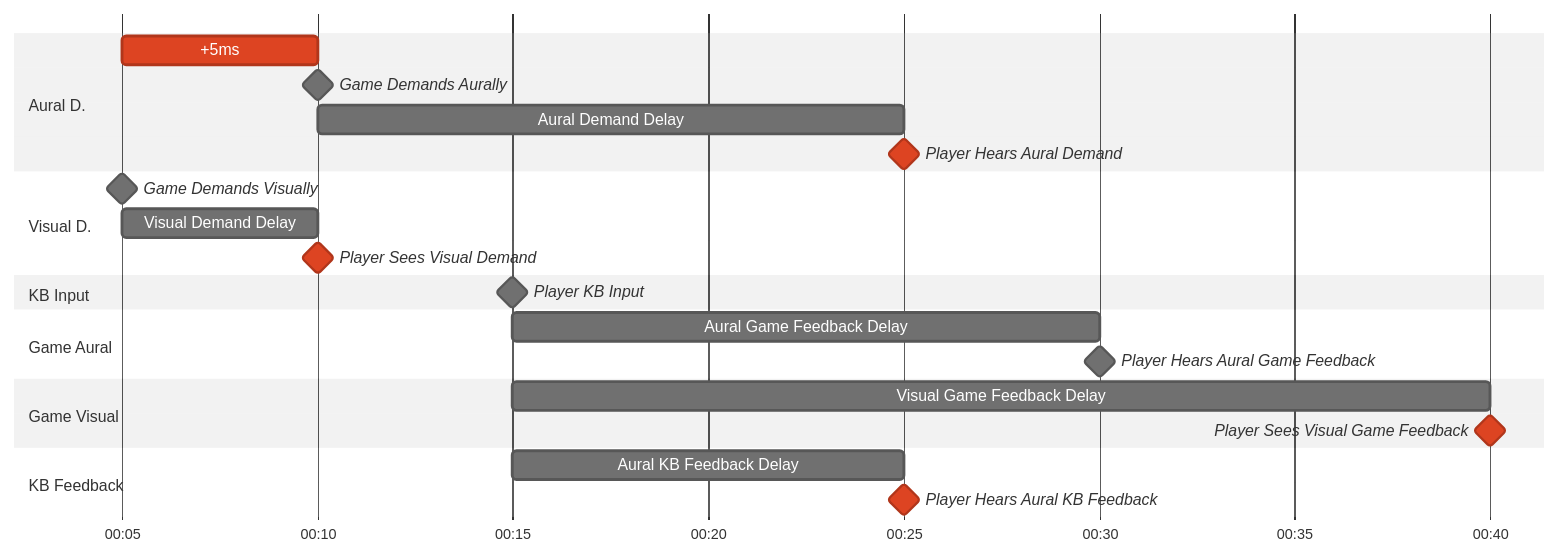
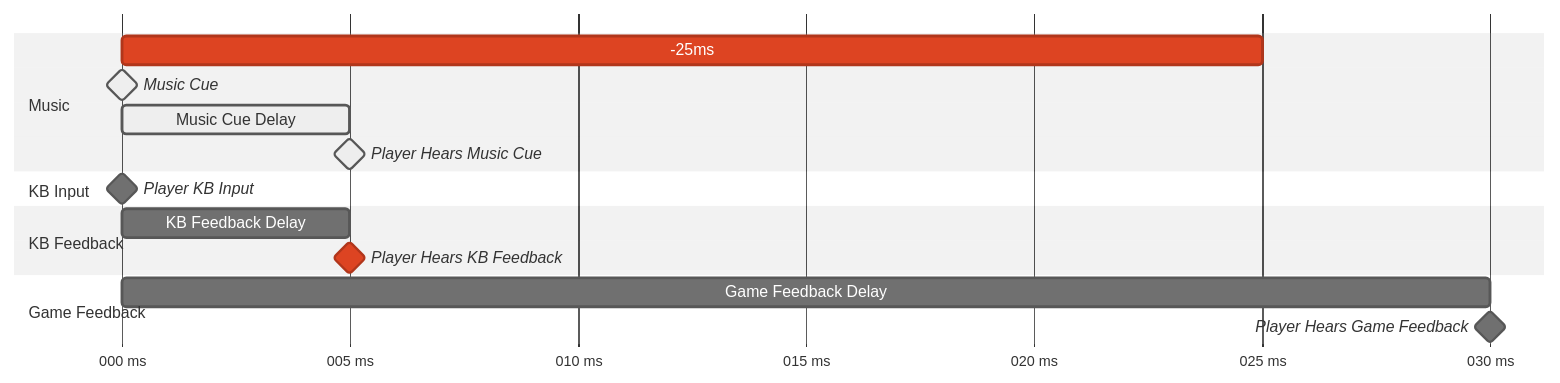
Before and after one commit to Eve-ning/Eve-ning.github.io: the tenth of 12 diagrams in _posts/2024-10-04-hitsounds.md, drawn with Mermaid (neutral theme). The commit also changed other lines of this file, not shown here.

````diff
--- a/_posts/2024-10-04-hitsounds.md
+++ b/_posts/2024-10-04-hitsounds.md
@@ -483,31 +435,23 @@
 ```mermaid
 gantt
-  dateFormat mm:ss
-  axisFormat %M:%S
+  dateFormat SSS
+  axisFormat %L ms
+  tickInterval 5millisecond
 
-  section Aural D.
-    +5ms: crit, 00:05, 00:10
-    Game Demands Aurally: milestone, 00:10,
-    Aural Demand Delay: 00:10, 00:25
-    Player Hears Aural Demand: crit, milestone, 00:25,
-
-  section Visual D.
-    Game Demands Visually: milestone, 00:05,
-    Visual Demand Delay: 00:05, 00:10
-    Player Sees Visual Demand: crit, milestone, 00:10,
+  section Music
+    -25ms: crit, 000, 025
+    Music Cue: active, milestone, 000,
+    Music Cue Delay: active, 000, 005
+    Player Hears Music Cue: active, milestone, 005,
 
   section KB Input
-    Player KB Input: milestone, 00:15,
-
-  section Game Aural
-    Aural Game Feedback Delay: 00:15, 00:30
-    Player Hears Aural Game Feedback: milestone, 00:30,
-
-  section Game Visual
-    Visual Game Feedback Delay: 00:15, 00:40
-    Player Sees Visual Game Feedback: crit, milestone, 00:40,
+    Player KB Input: milestone, 000,
 
   section KB Feedback
-    Aural KB Feedback Delay: 00:15, 00:25
-    Player Hears Aural KB Feedback: crit, milestone, 00:25,
+    KB Feedback Delay: 000, 005
+    Player Hears KB Feedback: crit, milestone, 005,
+
+  section Game Feedback
+    Game Feedback Delay: 000, 030
+    Player Hears Game Feedback: milestone, 030,
 ```
````
